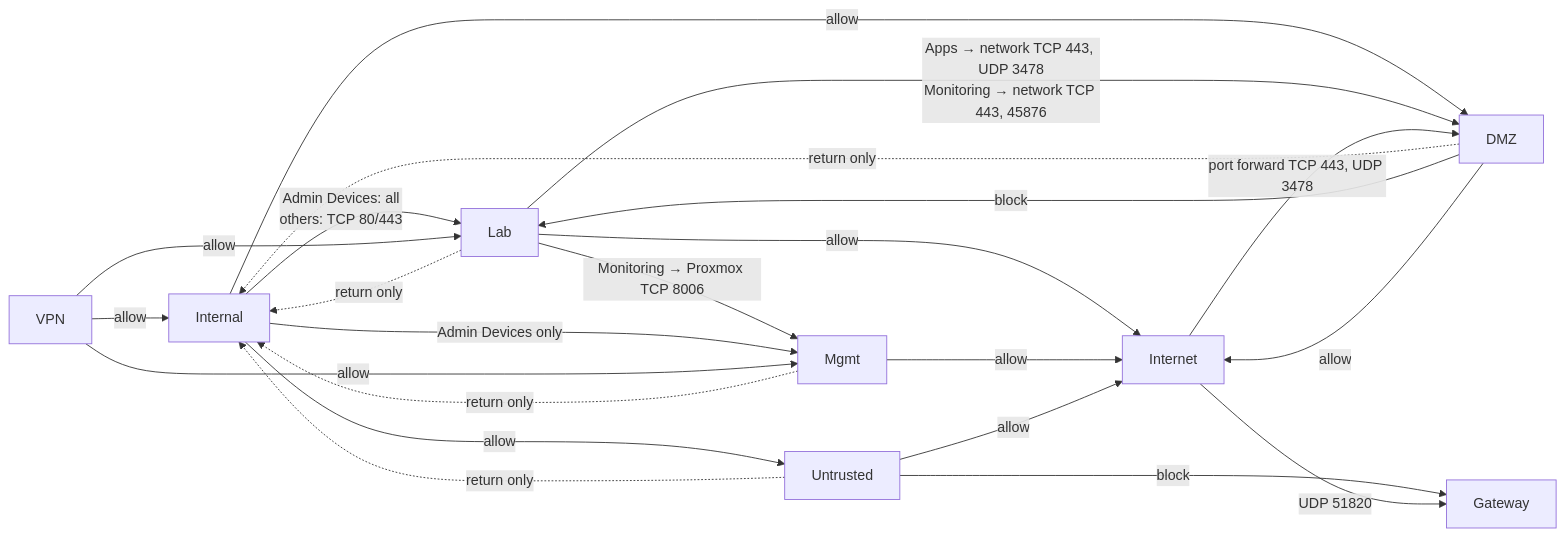
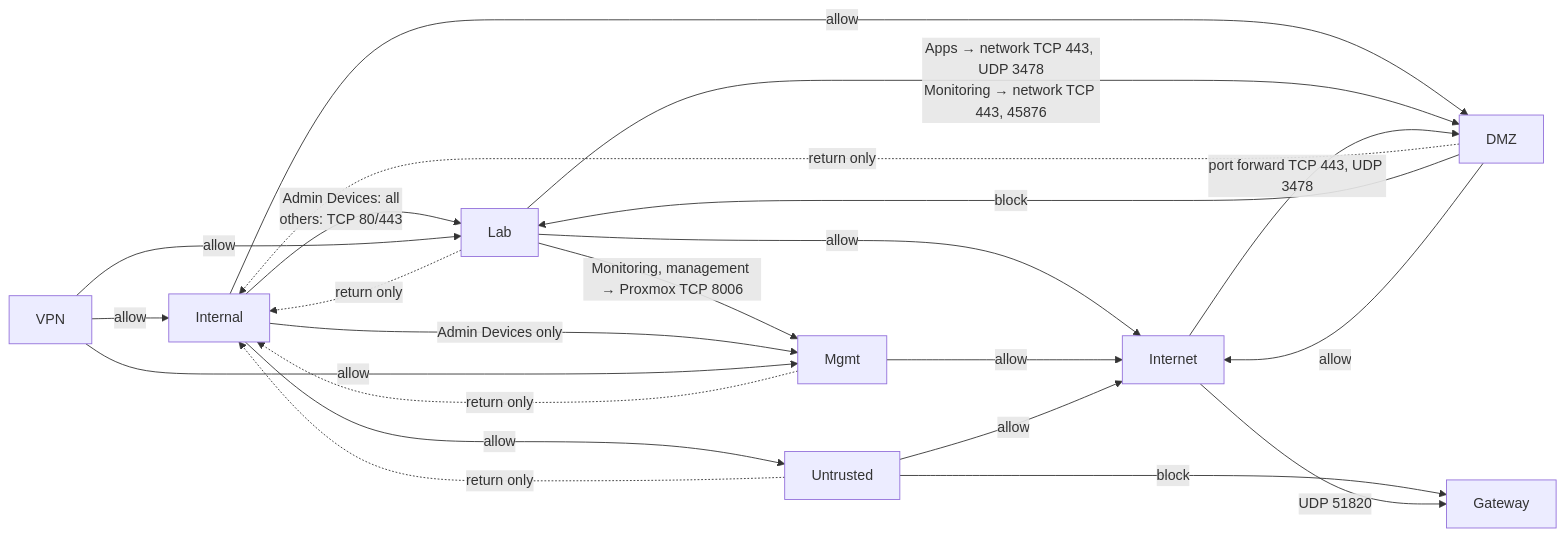
The diagram in docs/firewall.md (shaaz-f/home-server), drawn with Mermaid before and after one commit. The commit also changed other lines of this file and 5 other files, not shown here.

````diff
--- a/docs/firewall.md
+++ b/docs/firewall.md
@@ -38,24 +38,24 @@
 ```mermaid
 flowchart LR
     I[Internal] -->|Admin Devices: all<br/>others: TCP 80/443| L[Lab]
-    L -->|Monitoring → Proxmox TCP 8006| M
+    L -->|Monitoring, management → Proxmox TCP 8006| M
     I -->|Admin Devices only| M[Mgmt]
     I -->|allow| U[Untrusted]
     I -->|allow| D[DMZ]
     V[VPN] -->|allow| I
     V -->|allow| L
     V -->|allow| M
     L -.->|return only| I
     M -.->|return only| I
     U -.->|return only| I
     D -.->|return only| I
     U -->|block| G[Gateway]
     D -->|block| L
     L -->|Apps → network TCP 443, UDP 3478<br/>Monitoring → network TCP 443, 45876| D
     E -->|port forward TCP 443, UDP 3478| D
     L -->|allow| E[Internet]
     M -->|allow| E
     U -->|allow| E
     D -->|allow| E
     E -->|UDP 51820| G
 ```
````
